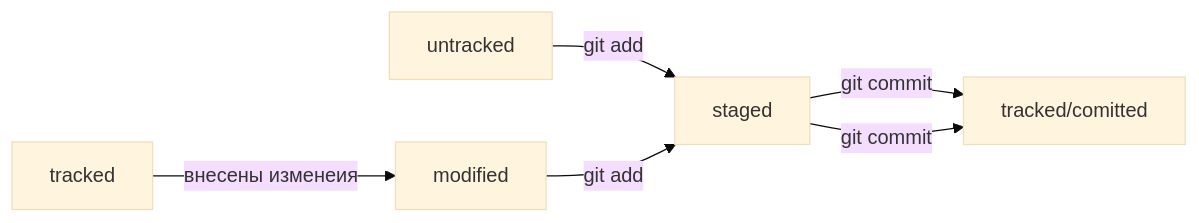
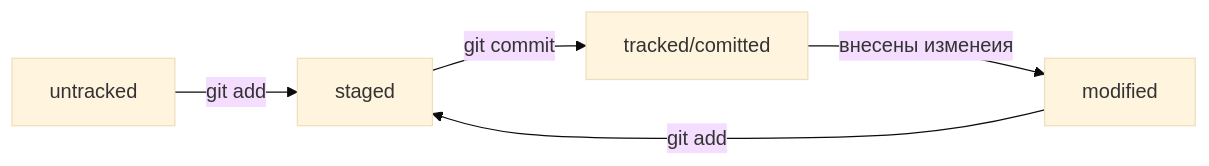
Before and after one commit to ValyGer/CheatSheetGIT: the diagram in README.md, drawn with Mermaid (base theme).

Commit message:
Откорректировать схему

````diff
--- a/README.md
+++ b/README.md
@@ -60,8 +60,7 @@
 ```mermaid
 graph LR;
   untracked -- "git add" --> staged;
   staged    -- "git commit"     --> tracked/comitted;
-  tracked  -- "внесены изменеия" --> modified;
+  tracked/comitted -- "внесены изменеия" --> modified;
   modified -- "git add" --> staged;
-  staged    -- "git commit"     --> tracked/comitted;
  ```  
````
